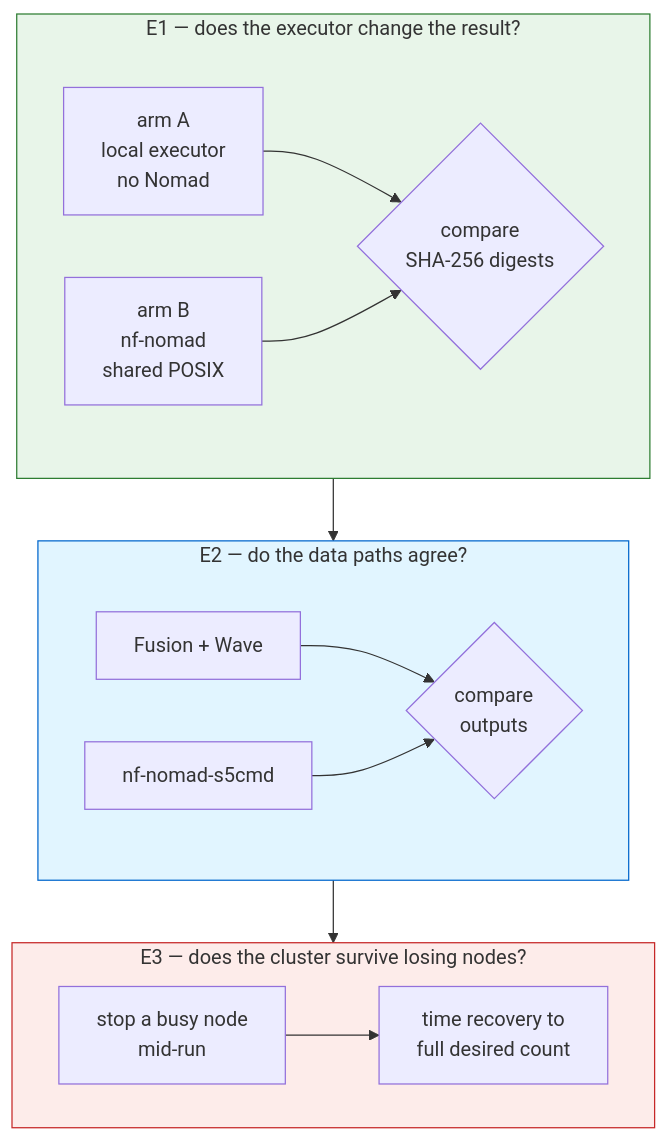
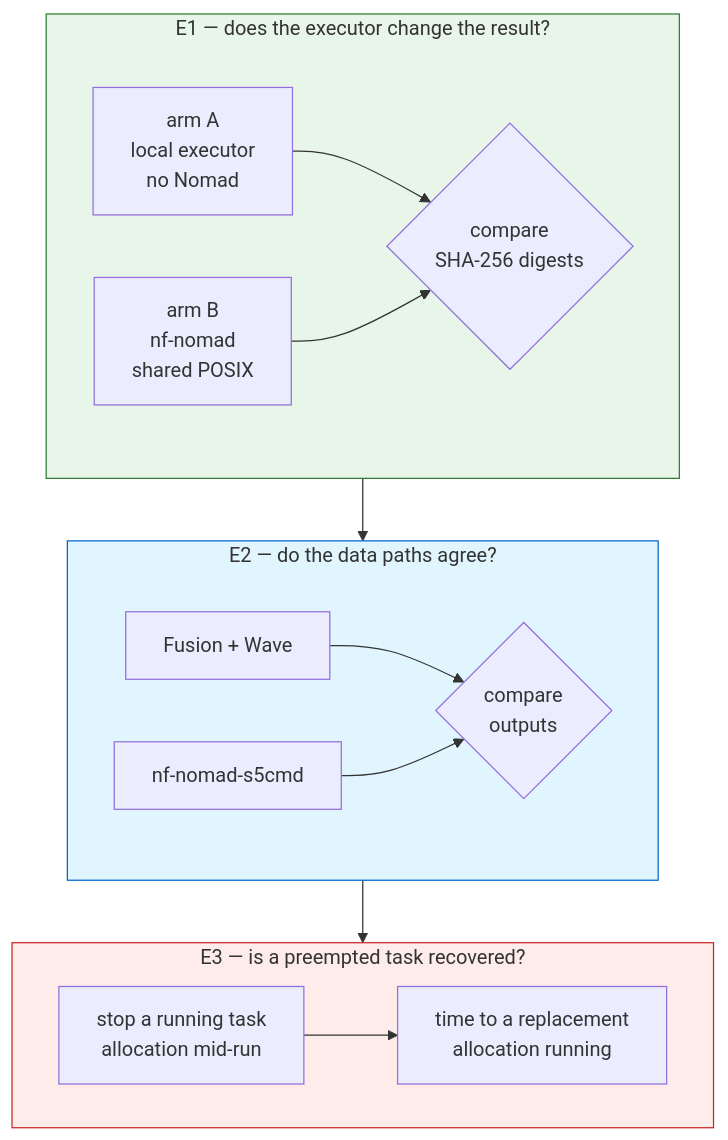
The diagram in protocol/02-run-pipeline.md (abhi18av-phd-projects/nf-nomad-manuscript-assets), drawn with Mermaid before and after one commit. The commit also changed other lines of this file and 15 other files, not shown here.

````diff
--- a/protocol/02-run-pipeline.md
+++ b/protocol/02-run-pipeline.md
@@ -16,21 +16,21 @@
 ```mermaid
 flowchart TB
     subgraph E1["E1 — does the executor change the result?"]
         direction LR
         A1["arm A<br/>local executor<br/>no Nomad"] --> C1{"compare<br/>SHA-256 digests"}
         B1["arm B<br/>nf-nomad<br/>shared POSIX"] --> C1
     end
     subgraph E2["E2 — do the data paths agree?"]
         direction LR
         A2["Fusion + Wave"] --> C2{"compare<br/>outputs"}
         B2["nf-nomad-s5cmd"] --> C2
     end
-    subgraph E3["E3 — does the cluster survive losing nodes?"]
+    subgraph E3["E3 — is a preempted task recovered?"]
         direction LR
-        K["stop a busy node<br/>mid-run"] --> M["time recovery to<br/>full desired count"]
+        K["stop a running task<br/>allocation mid-run"] --> M["time to a replacement<br/>allocation running"]
     end
     E1 --> E2 --> E3
     style E1 fill:#e8f5e9,stroke:#2e7d32
     style E2 fill:#e1f5ff,stroke:#0066cc
     style E3 fill:#fdecea,stroke:#c62828
 ```
````
